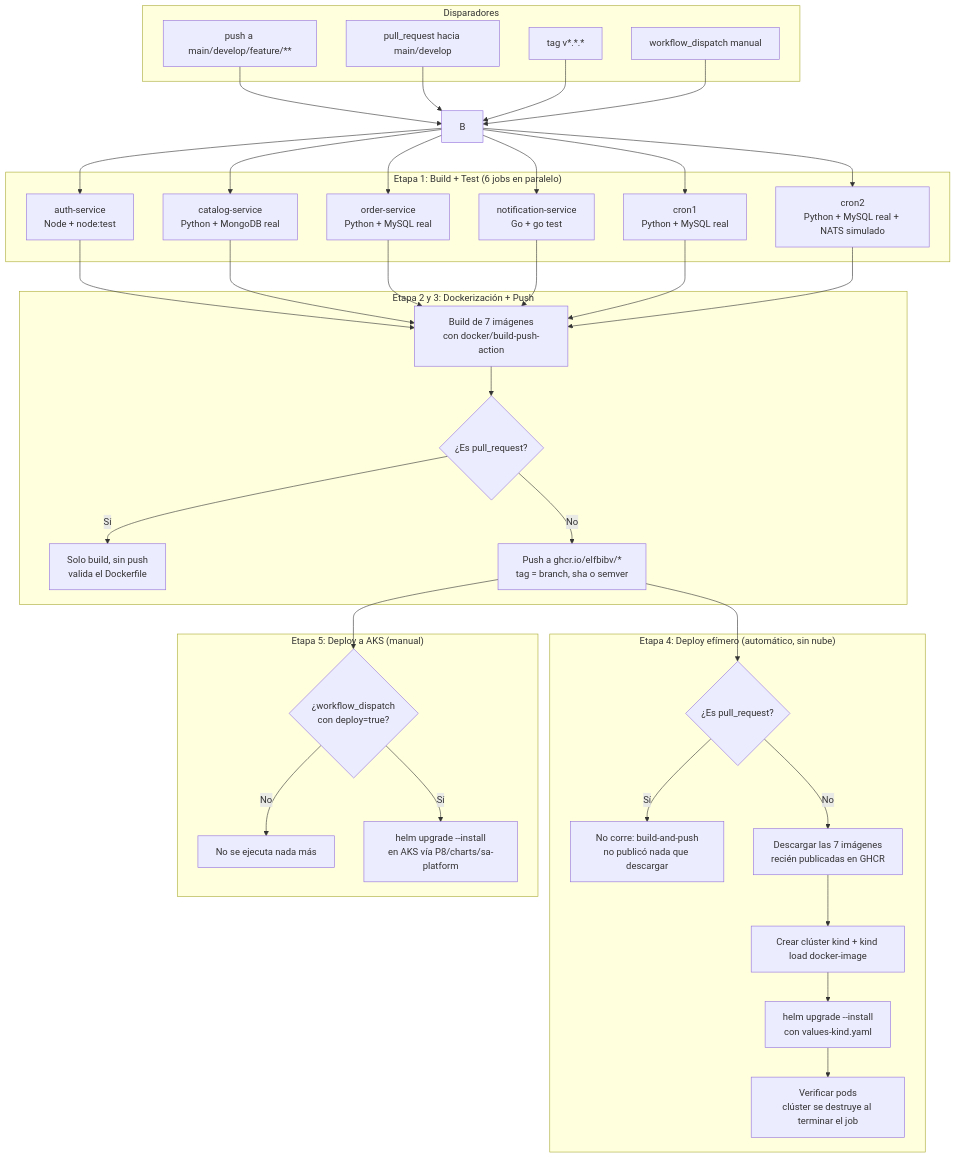
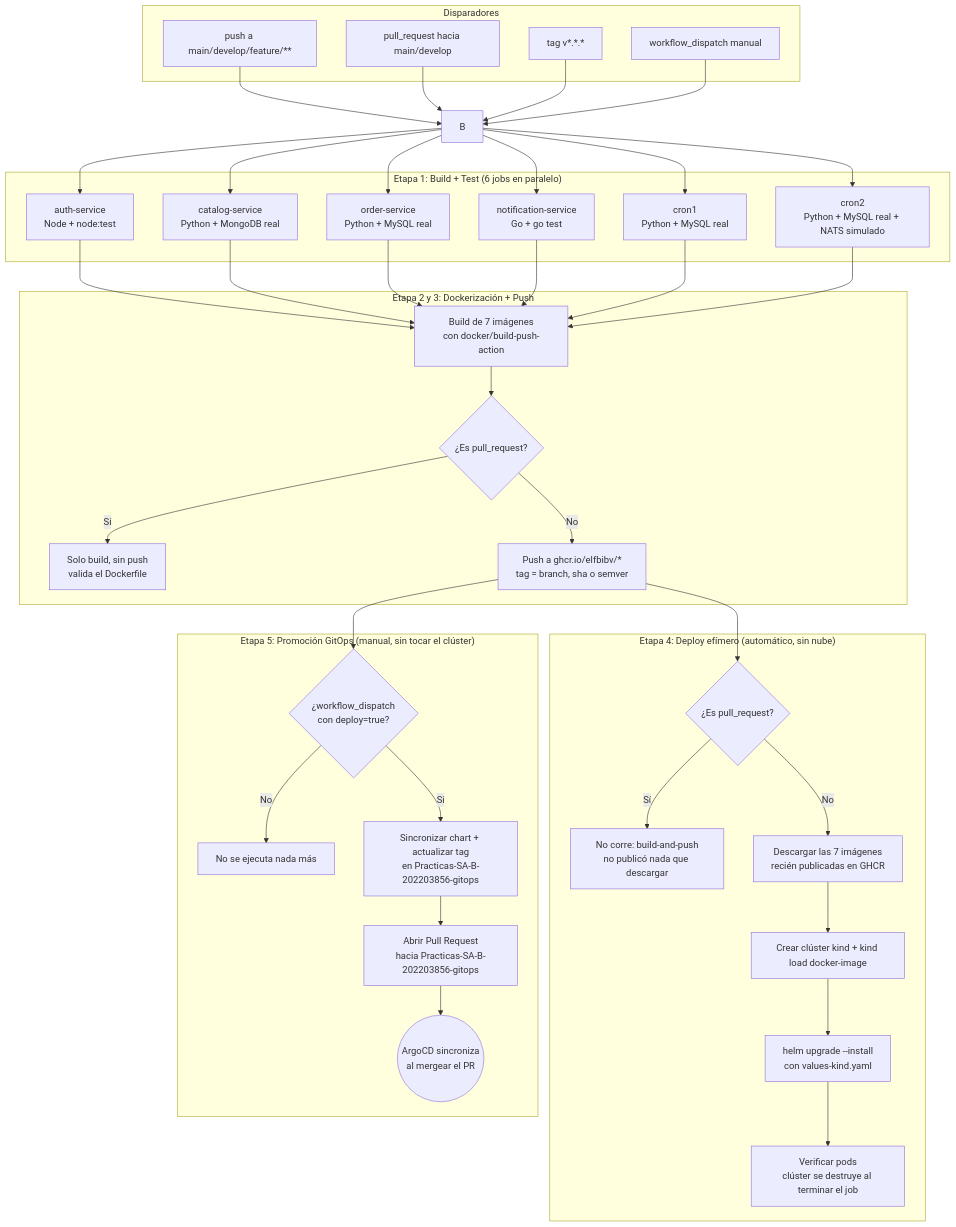
Before and after one commit to ELFBIBv/Practicas-SA-B-202203856: the first of 2 diagrams in P8/README.md, drawn with Mermaid. The commit also changed other lines of this file and 2 other files, not shown here.

Commit message:
feat(gitops): eliminar el despliegue directo y abrir promoción vía PR a repo GitOps

````diff
--- a/P8/README.md
+++ b/P8/README.md
@@ -34,52 +34,54 @@
 ```mermaid
 flowchart TD
     subgraph Disparadores
         A1[push a main/develop/feature/**] 
         A2[pull_request hacia main/develop]
         A3[tag v*.*.*]
         A4[workflow_dispatch manual]
     end
 
     A1 --> B
     A2 --> B
     A3 --> B
     A4 --> B
 
     subgraph "Etapa 1: Build + Test (6 jobs en paralelo)"
         B1[auth-service\nNode + node:test]
         B2[catalog-service\nPython + MongoDB real]
         B3[order-service\nPython + MySQL real]
         B4[notification-service\nGo + go test]
         B5[cron1\nPython + MySQL real]
         B6[cron2\nPython + MySQL real + NATS simulado]
     end
     B --> B1 & B2 & B3 & B4 & B5 & B6
 
     B1 & B2 & B3 & B4 & B5 & B6 --> C
 
     subgraph "Etapa 2 y 3: Dockerización + Push"
         C[Build de 7 imágenes\ncon docker/build-push-action]
         C --> D{"¿Es pull_request?"}
         D -- Sí --> E[Solo build, sin push\nvalida el Dockerfile]
         D -- No --> F[Push a ghcr.io/elfbibv/*\ntag = branch, sha o semver]
     end
 
     F --> K
 
     subgraph "Etapa 4: Deploy efímero (automático, sin nube)"
         K{"¿Es pull_request?"}
         K -- Sí --> K0[No corre: build-and-push\nno publicó nada que descargar]
         K -- No --> K1[Descargar las 7 imágenes\nrecién publicadas en GHCR]
         K1 --> K2[Crear clúster kind + kind load docker-image]
         K2 --> K3[helm upgrade --install\ncon values-kind.yaml]
         K3 --> K4[Verificar pods\nclúster se destruye al terminar el job]
     end
 
     F --> G
 
-    subgraph "Etapa 5: Deploy a AKS (manual)"
+    subgraph "Etapa 5: Promoción GitOps (manual, sin tocar el clúster)"
         G{"¿workflow_dispatch\ncon deploy=true?"}
         G -- No --> H[No se ejecuta nada más]
-        G -- Sí --> I[helm upgrade --install\nen AKS vía P8/charts/sa-platform]
+        G -- Sí --> I[Sincronizar chart + actualizar tag\nen Practicas-SA-B-202203856-gitops]
+        I --> J[Abrir Pull Request\nhacia Practicas-SA-B-202203856-gitops]
+        J --> L((ArgoCD sincroniza\nal mergear el PR))
     end
 ```
````
